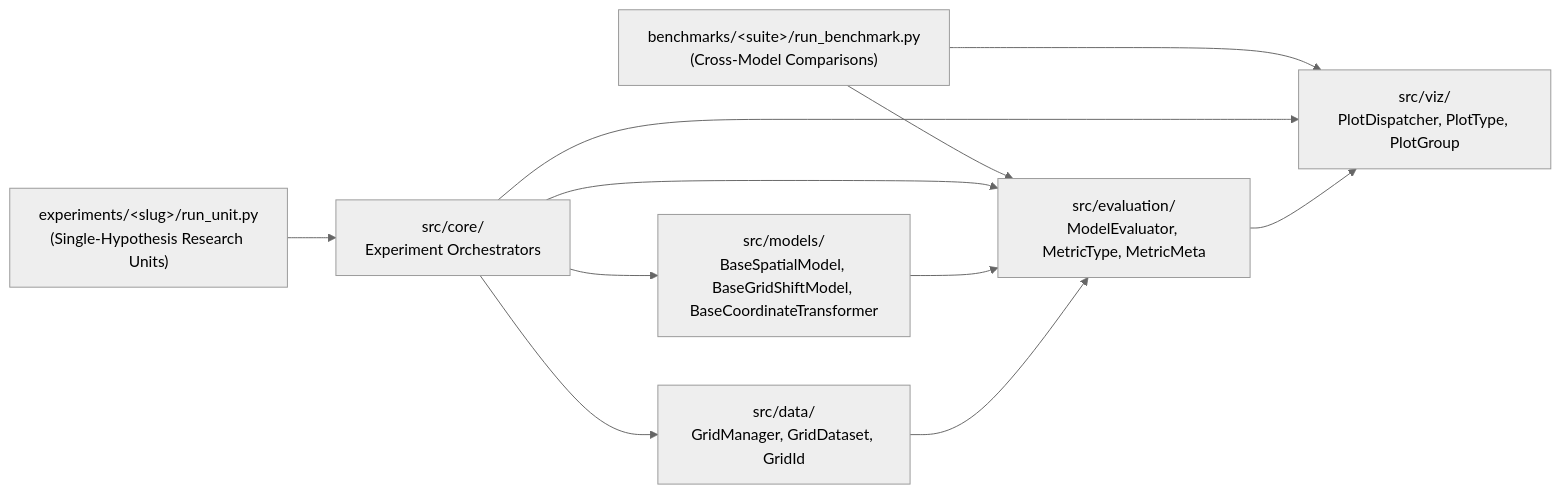
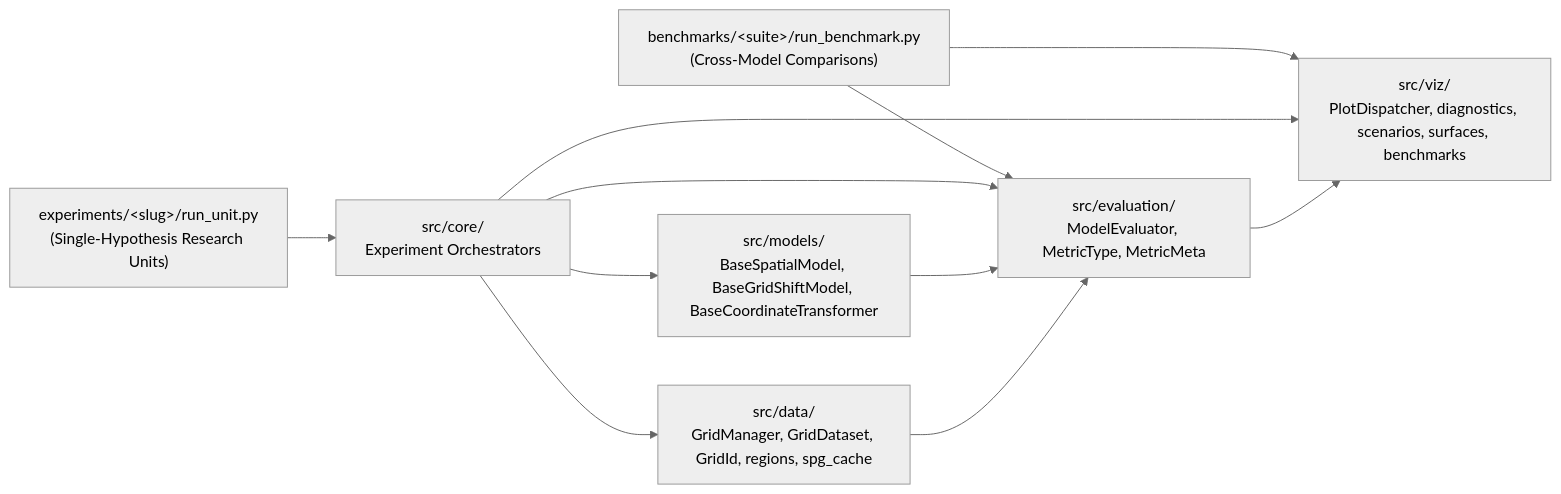
Before and after one commit to bogdanmorosanu/ml_transdat: the diagram in docs/architecture.md, drawn with Mermaid (neutral theme). The commit also changed other lines of this file and 62 other files, not shown here.

First line of the commit message:
refactor(arch): decompose src/viz, extract SpatialFeatureEncoder & add architecture guardrails

````diff
--- a/docs/architecture.md
+++ b/docs/architecture.md
@@ -9,13 +9,13 @@
 ```mermaid
 flowchart LR
     EXP["experiments/&lt;slug&gt;/run_unit.py<br>(Single-Hypothesis Research Units)"] --> CORE["src/core/<br>Experiment Orchestrators"]
     BENCH["benchmarks/&lt;suite&gt;/run_benchmark.py<br>(Cross-Model Comparisons)"] --> EVAL
     BENCH --> VIZ
-    CORE --> DATA["src/data/<br>GridManager, GridDataset, GridId"]
+    CORE --> DATA["src/data/<br>GridManager, GridDataset, GridId, regions, spg_cache"]
     CORE --> MODELS["src/models/<br>BaseSpatialModel, BaseGridShiftModel, BaseCoordinateTransformer"]
     CORE --> EVAL["src/evaluation/<br>ModelEvaluator, MetricType, MetricMeta"]
-    CORE --> VIZ["src/viz/<br>PlotDispatcher, PlotType, PlotGroup"]
+    CORE --> VIZ["src/viz/<br>PlotDispatcher, diagnostics, scenarios, surfaces, benchmarks"]
     MODELS --> EVAL
     DATA --> EVAL
     EVAL --> VIZ
 ```
````
